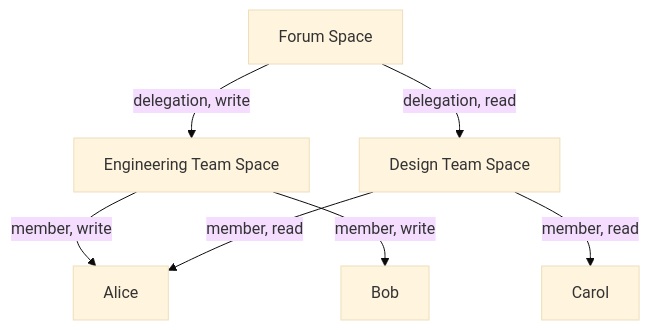
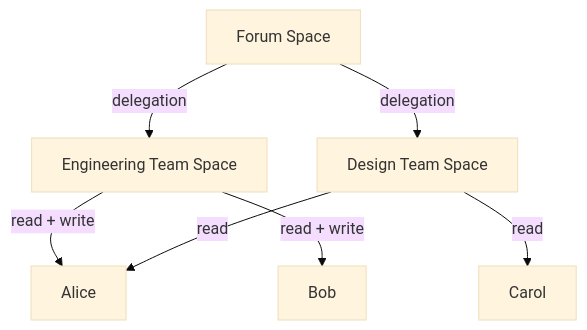
Before and after one commit to gamesgamesgamesgamesgames/happyview: the diagram in packages/docs/content/docs/experimental/spaces/members.md, drawn with Mermaid (base theme). The commit also changed other lines of this file and 12 other files, not shown here.

````diff
--- a/packages/docs/content/docs/experimental/spaces/members.md
+++ b/packages/docs/content/docs/experimental/spaces/members.md
@@ -359,9 +387,9 @@
 ```mermaid
 graph TD
-    A[Forum Space] -->|delegation, write| B[Engineering Team Space]
-    A -->|delegation, read| C[Design Team Space]
-    B -->|member, write| D[Alice]
-    B -->|member, write| E[Bob]
-    C -->|member, read| F[Carol]
-    C -->|member, read| D
+    A[Forum Space] -->|delegation| B[Engineering Team Space]
+    A -->|delegation| C[Design Team Space]
+    B -->|read + write| D[Alice]
+    B -->|read + write| E[Bob]
+    C -->|read| F[Carol]
+    C -->|read| D
 ```
````
